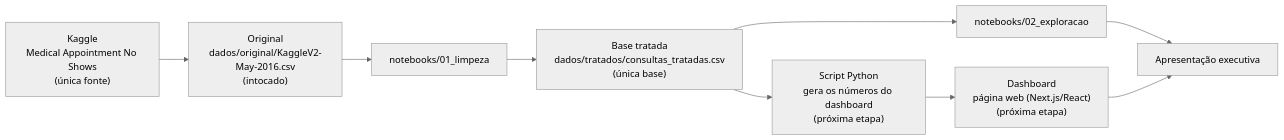
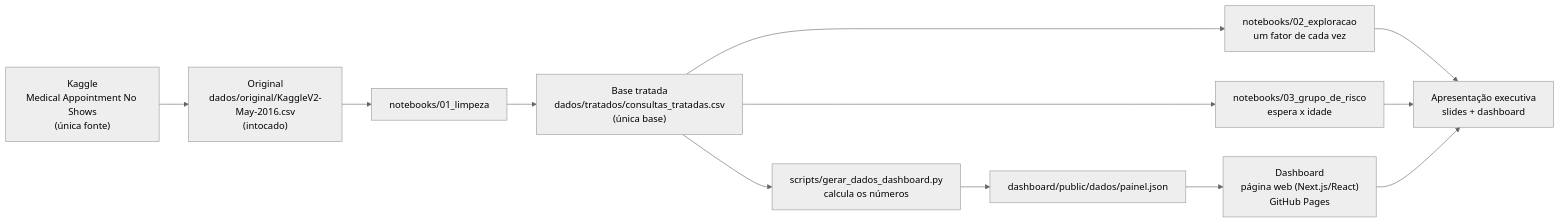
Before and after one commit to cauedev30/analise-no-show-consultas: the diagram in docs/processo.md, drawn with Mermaid (neutral theme). The commit also changed other lines of this file, not shown here.

````diff
--- a/docs/processo.md
+++ b/docs/processo.md
@@ -315,11 +403,14 @@
 ```mermaid
 flowchart LR
     K["Kaggle<br/>Medical Appointment No Shows<br/>(única fonte)"] --> A
     A["Original<br/>dados/original/KaggleV2-May-2016.csv<br/>(intocado)"] --> B["notebooks/01_limpeza"]
     B --> C["Base tratada<br/>dados/tratados/consultas_tratadas.csv<br/>(única base)"]
-    C --> D["notebooks/02_exploracao"]
-    C --> G["Script Python<br/>gera os números do dashboard<br/>(próxima etapa)"]
-    G --> E["Dashboard<br/>página web (Next.js/React)<br/>(próxima etapa)"]
-    D --> F["Apresentação executiva"]
+    C --> D["notebooks/02_exploracao<br/>um fator de cada vez"]
+    C --> N["notebooks/03_grupo_de_risco<br/>espera x idade"]
+    C --> G["scripts/gerar_dados_dashboard.py<br/>calcula os números"]
+    G --> J["dashboard/public/dados/painel.json"]
+    J --> E["Dashboard<br/>página web (Next.js/React)<br/>GitHub Pages"]
+    D --> F["Apresentação executiva<br/>slides + dashboard"]
+    N --> F
     E --> F
 ```
````
